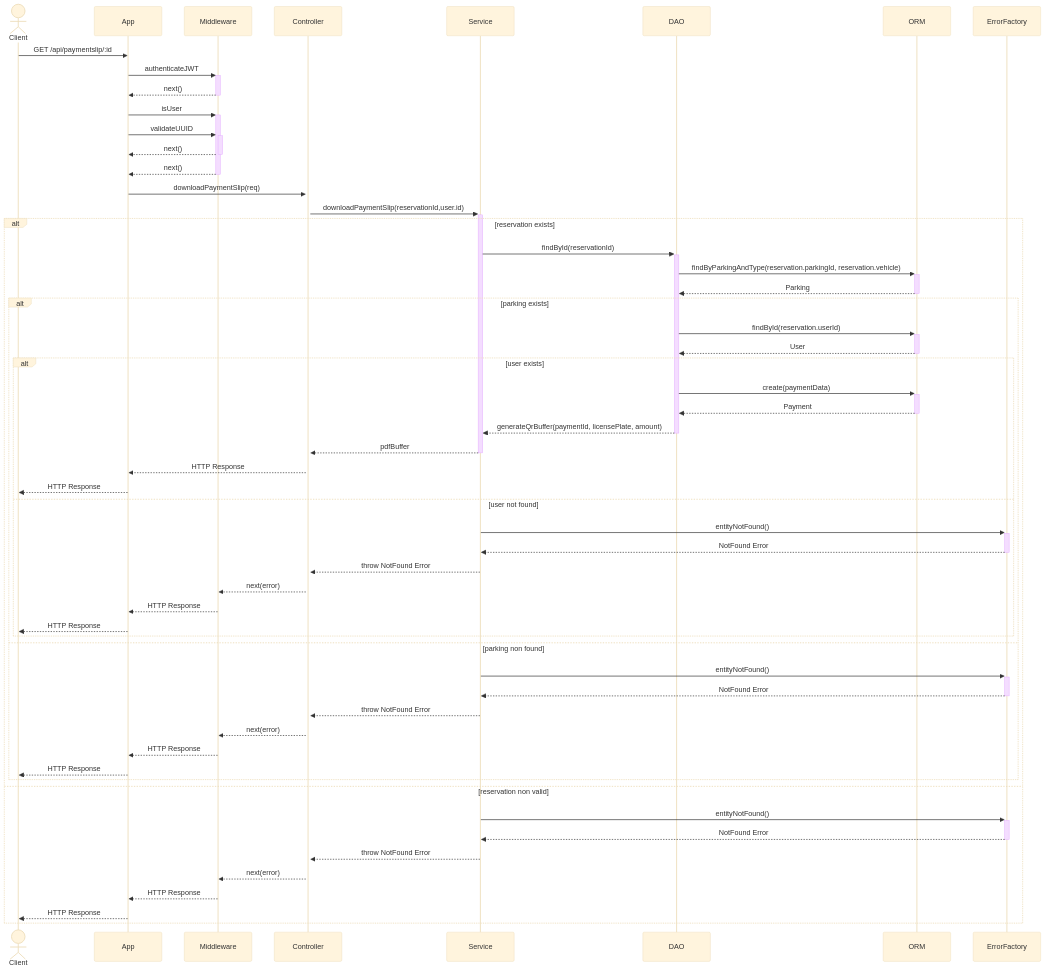
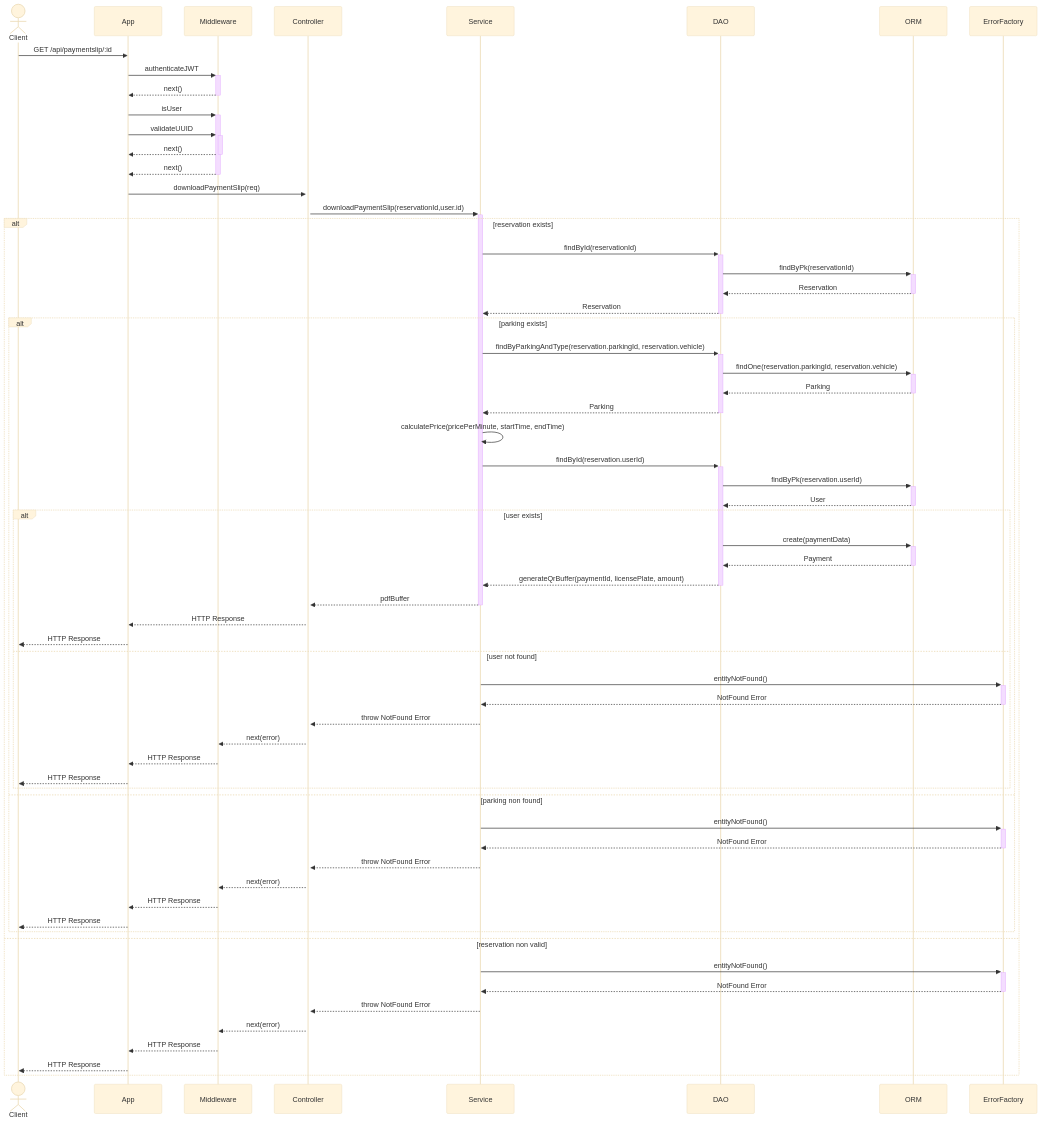
One commit to niccolociotti/parking_PA changed diagram 16 of 22 in README.md. Above: the diagram before and after it, drawn with Mermaid (base theme). The commit also changed other lines of this file, not shown here.

````diff
--- a/README.md
+++ b/README.md
@@ -940,62 +942,69 @@
 ```mermaid
 sequenceDiagram
     actor Client
     participant App
     participant Middleware
     participant Controller
     participant Service
     participant DAO
     participant ORM
     participant ErrorFactory
 
     Client->>App: GET /api/paymentslip/:id
     App->>+Middleware: authenticateJWT
     Middleware-->>-App: next()
     App->>+Middleware: isUser
     App->>+Middleware: validateUUID
     Middleware-->>-App: next()
     Middleware-->>-App: next()
     App->>+Controller: downloadPaymentSlip(req)
     Controller->>+Service: downloadPaymentSlip(reservationId,user.id)
     alt reservation exists
       Service->>+DAO: findById(reservationId)
-      DAO->>+ORM: findByParkingAndType(reservation.parkingId, reservation.vehicle)
-      ORM-->>-DAO: Parking
+      DAO->>+ORM: findByPk(reservationId)
+      ORM-->>-DAO: Reservation
+      DAO-->>-Service: Reservation
       alt parking exists
-        DAO->>+ORM: findById(reservation.userId)
+        Service->>+DAO: findByParkingAndType(reservation.parkingId, reservation.vehicle)
+        DAO->>+ORM: findOne(reservation.parkingId, reservation.vehicle)
+        ORM-->>-DAO: Parking
+        DAO-->>-Service: Parking
+        Service->>Service:calculatePrice(pricePerMinute, startTime, endTime)
+        Service->>+DAO: findById(reservation.userId)
+        DAO->>+ORM: findByPk(reservation.userId)
         ORM-->>-DAO: User
         alt user exists
             DAO->>+ORM: create(paymentData)
             ORM-->>-DAO: Payment
             DAO-->>-Service:  generateQrBuffer(paymentId, licensePlate, amount)
             Service-->>-Controller: pdfBuffer
             Controller-->>App: HTTP Response 
             App-->>Client: HTTP Response
 
         else user not found
             Service->>+ErrorFactory: entityNotFound()
             ErrorFactory-->>-Service: NotFound Error
             Service-->>Controller: throw NotFound Error
             Controller-->>Middleware: next(error)
             Middleware-->>App: HTTP Response
             App-->>Client: HTTP Response
         end
 
       else parking non found
         Service->>+ErrorFactory: entityNotFound()
         ErrorFactory-->>-Service: NotFound Error
         Service-->>Controller: throw NotFound Error
         Controller-->>Middleware: next(error)
         Middleware-->>App: HTTP Response
         App-->>Client: HTTP Response
       end
     else reservation non valid
       Service->>+ErrorFactory: entityNotFound()
       ErrorFactory-->>-Service: NotFound Error
       Service-->>Controller: throw NotFound Error
       Controller-->>Middleware: next(error)
       Middleware-->>App: HTTP Response
       App-->>Client: HTTP Response
     end
 
 ```
````
